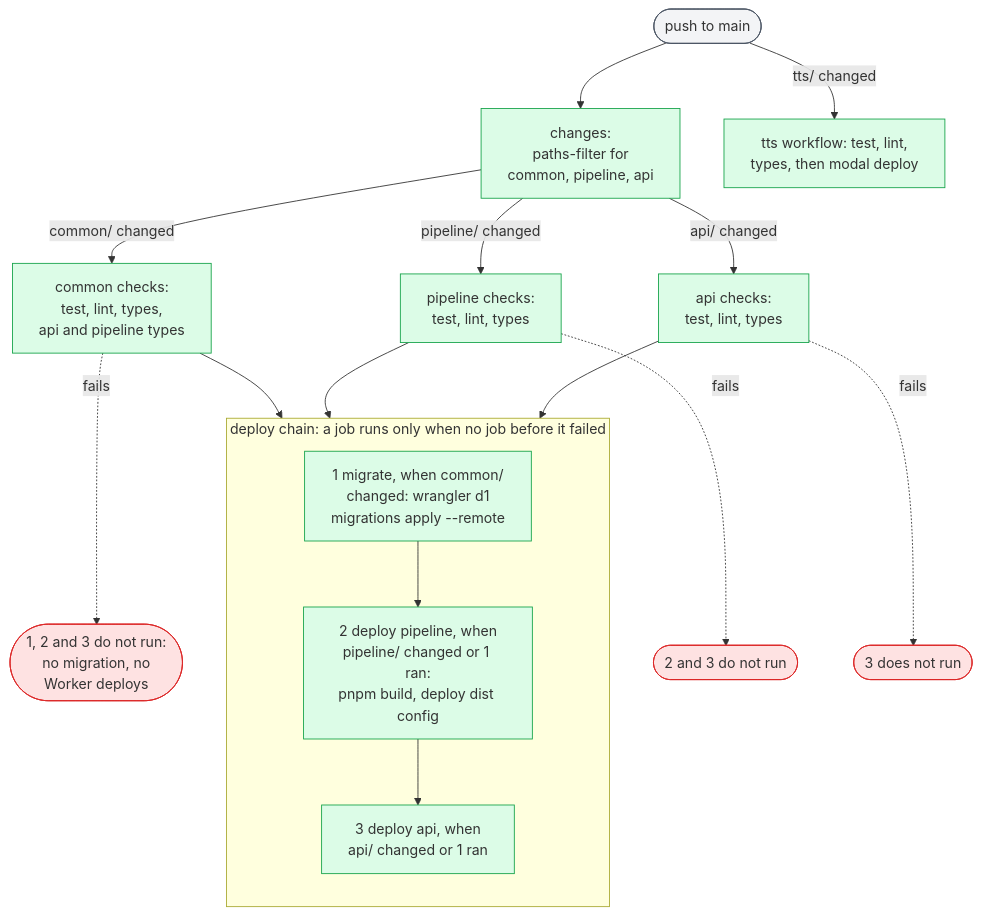
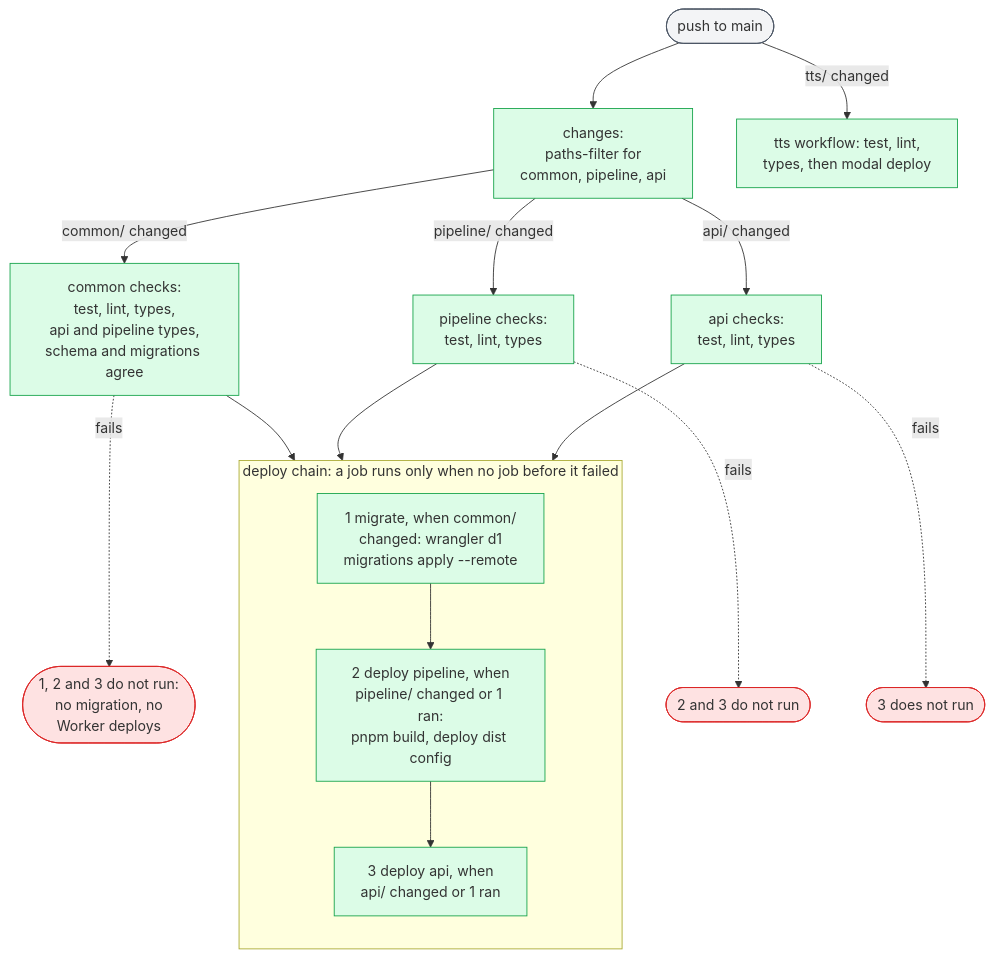
One commit to asermax/nagara changed the diagram in docs/technical-design/deployment-and-ci.md. Above: the diagram before and after it, drawn with Mermaid. The commit also changed other lines of this file and 8 other files, not shown here.

````diff
--- a/docs/technical-design/deployment-and-ci.md
+++ b/docs/technical-design/deployment-and-ci.md
@@ -47,28 +47,28 @@
 ```mermaid
 flowchart TD
     push(["push to main"]) --> ch["changes:<br/>paths-filter for<br/>common, pipeline, api"]
-    ch -->|"common/ changed"| cc["common checks:<br/>test, lint, types,<br/>api and pipeline types"]
+    ch -->|"common/ changed"| cc["common checks:<br/>test, lint, types,<br/>api and pipeline types,<br/>schema and migrations agree"]
     ch -->|"pipeline/ changed"| pc["pipeline checks:<br/>test, lint, types"]
     ch -->|"api/ changed"| ac["api checks:<br/>test, lint, types"]
     subgraph chain ["deploy chain: a job runs only when no job before it failed"]
         direction TB
         mig["1 migrate, when common/<br/>changed: wrangler d1<br/>migrations apply --remote"]
         pd["2 deploy pipeline, when<br/>pipeline/ changed or 1 ran:<br/>pnpm build, deploy dist config"]
         ad["3 deploy api, when<br/>api/ changed or 1 ran"]
         mig --> pd --> ad
     end
     cc --> mig
     pc --> pd
     ac --> ad
     cc -. "fails" .-> s1(["1, 2 and 3 do not run:<br/>no migration, no<br/>Worker deploys"])
     pc -. "fails" .-> s2(["2 and 3 do not run"])
     ac -. "fails" .-> s3(["3 does not run"])
     tw["tts workflow: test, lint,<br/>types, then modal deploy"]
     push -->|"tts/ changed"| tw
     classDef step fill:#dcfce7,stroke:#16a34a
     classDef broken fill:#fee2e2,stroke:#dc2626
     classDef person fill:#f3f4f6,stroke:#4b5563
     class ch,cc,pc,ac,mig,pd,ad,tw step
     class s1,s2,s3 broken
     class push person
 ```
````
